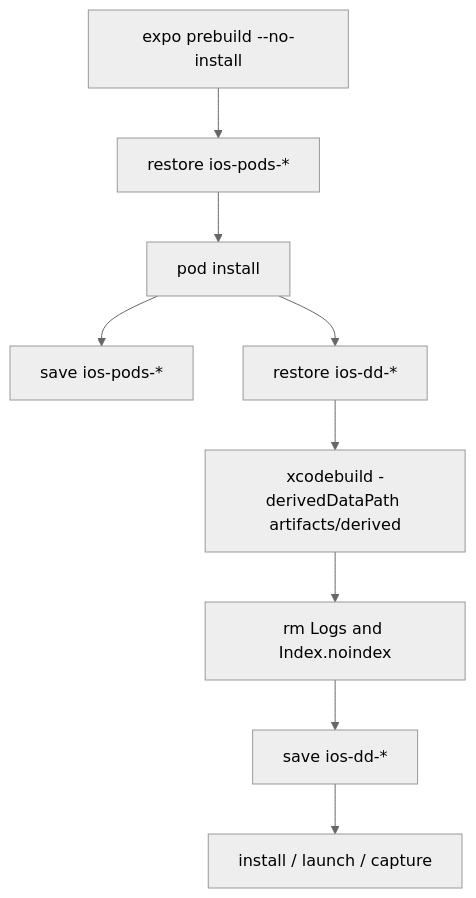
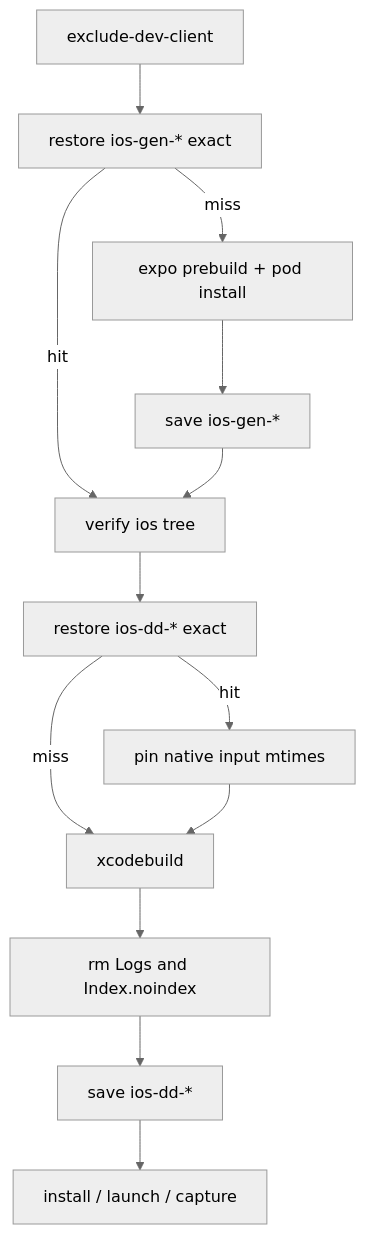
The diagram in specs/APP/QUALITY-022_ios-simulator-ci-cache/TECH.md (AruNi-01/atmos), drawn with Mermaid (neutral theme) before and after one commit. The commit also changed other lines of this file and 3 other files, not shown here.

First line of the commit message:
fix(QUALITY-022): skip prebuild/pod install on ios-gen hit

````diff
--- a/specs/APP/QUALITY-022_ios-simulator-ci-cache/TECH.md
+++ b/specs/APP/QUALITY-022_ios-simulator-ci-cache/TECH.md
@@ -55,11 +74,15 @@
 ```mermaid
 flowchart TD
-  prebuild["expo prebuild --no-install"] --> podsRestore["restore ios-pods-*"]
-  podsRestore --> podInstall["pod install"]
-  podInstall --> podsSave["save ios-pods-*"]
-  podInstall --> ddRestore["restore ios-dd-*"]
-  ddRestore --> xcodebuild["xcodebuild -derivedDataPath artifacts/derived"]
+  bake["exclude-dev-client"] --> iosRestore["restore ios-gen-* exact"]
+  iosRestore -->|miss| prebuild["expo prebuild + pod install"]
+  prebuild --> iosSave["save ios-gen-*"]
+  iosRestore -->|hit| verify["verify ios tree"]
+  iosSave --> verify
+  verify --> ddRestore["restore ios-dd-* exact"]
+  ddRestore -->|hit| mtime["pin native input mtimes"]
+  ddRestore -->|miss| xcodebuild["xcodebuild"]
+  mtime --> xcodebuild
   xcodebuild --> prune["rm Logs and Index.noindex"]
   prune --> ddSave["save ios-dd-*"]
   ddSave --> capture["install / launch / capture"]
 ```
````
